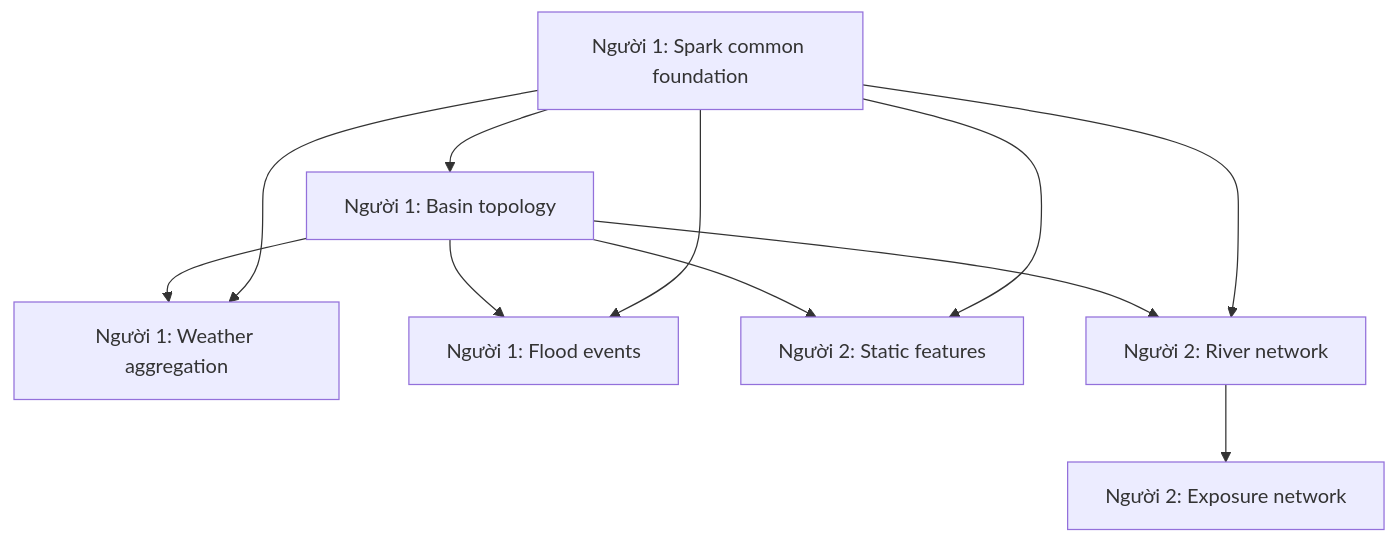
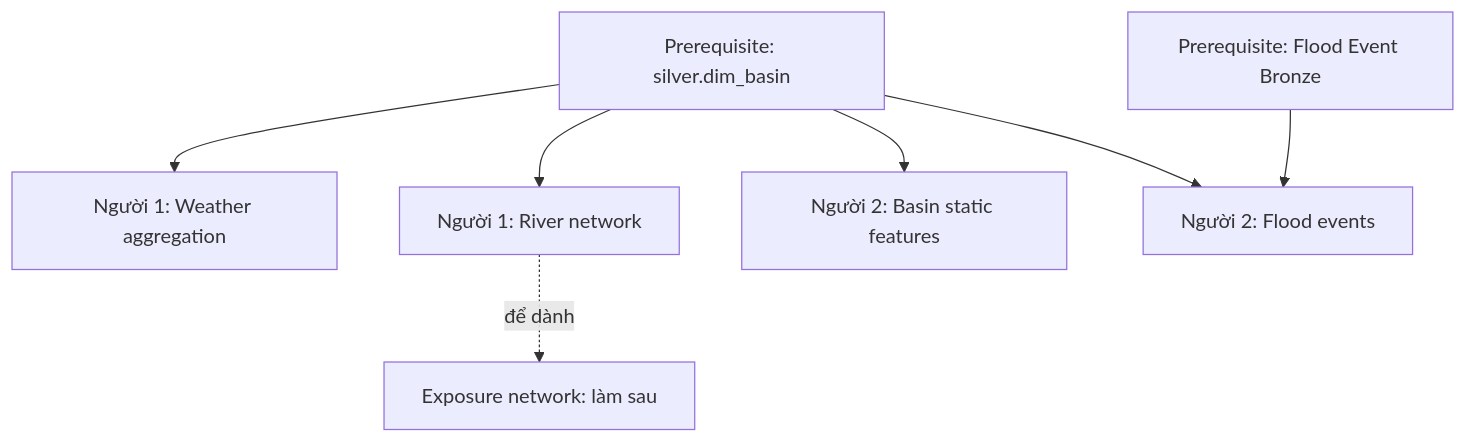
Before and after one commit to cloud-vmih/flood-lake-kg: the diagram in docs/phan_cong_trien_khai_silver_2_nguoi.md, drawn with Mermaid. The commit also changed other lines of this file, not shown here.

````diff
--- a/docs/phan_cong_trien_khai_silver_2_nguoi.md
+++ b/docs/phan_cong_trien_khai_silver_2_nguoi.md
@@ -30,13 +31,9 @@
 ```mermaid
 flowchart TB
-  C["Người 1: Spark common foundation"] --> B["Người 1: Basin topology"]
-  B --> W["Người 1: Weather aggregation"]
-  B --> E["Người 1: Flood events"]
-  B --> S["Người 2: Static features"]
-  B --> R["Người 2: River network"]
-  R --> X["Người 2: Exposure network"]
-  C --> S
-  C --> R
-  C --> W
-  C --> E
+    B["Prerequisite: silver.dim_basin"] --> W["Người 1: Weather aggregation"]
+    B --> R["Người 1: River network"]
+    B --> S["Người 2: Basin static features"]
+    B --> E["Người 2: Flood events"]
+    F["Prerequisite: Flood Event Bronze"] --> E
+    R -. "để dành" .-> X["Exposure network: làm sau"]
 ```
````
